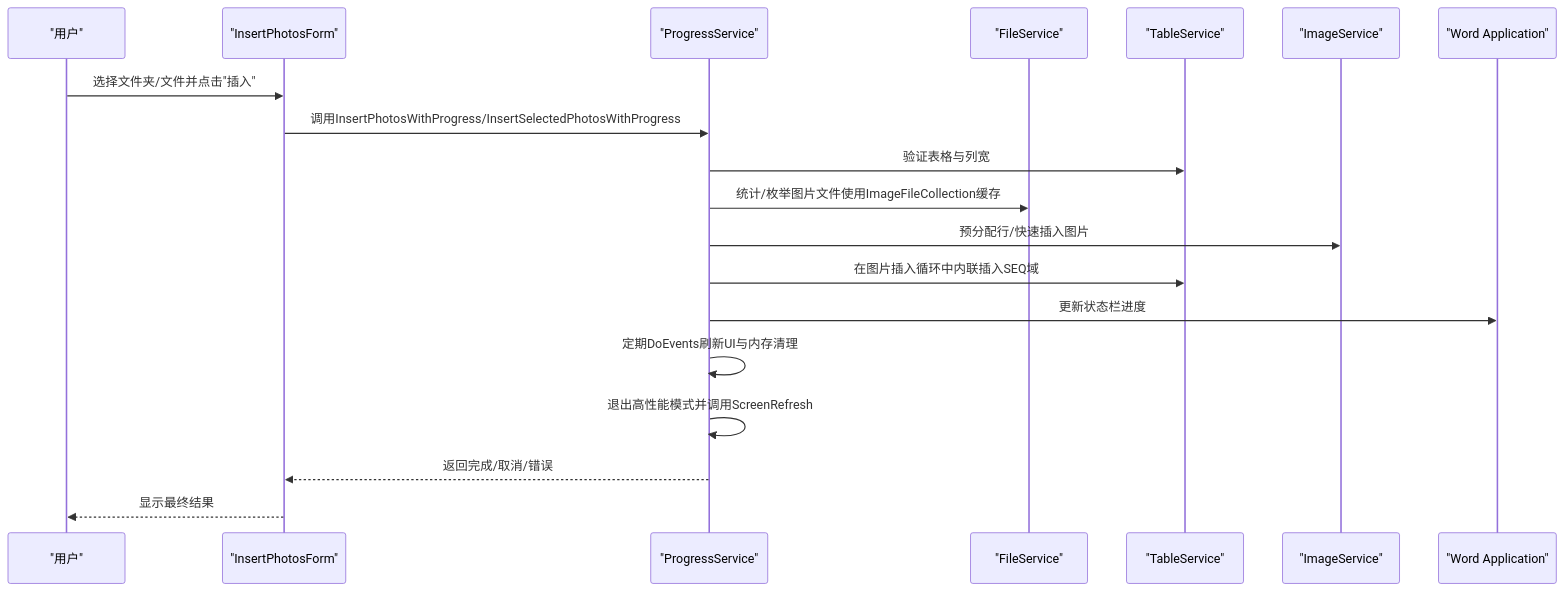
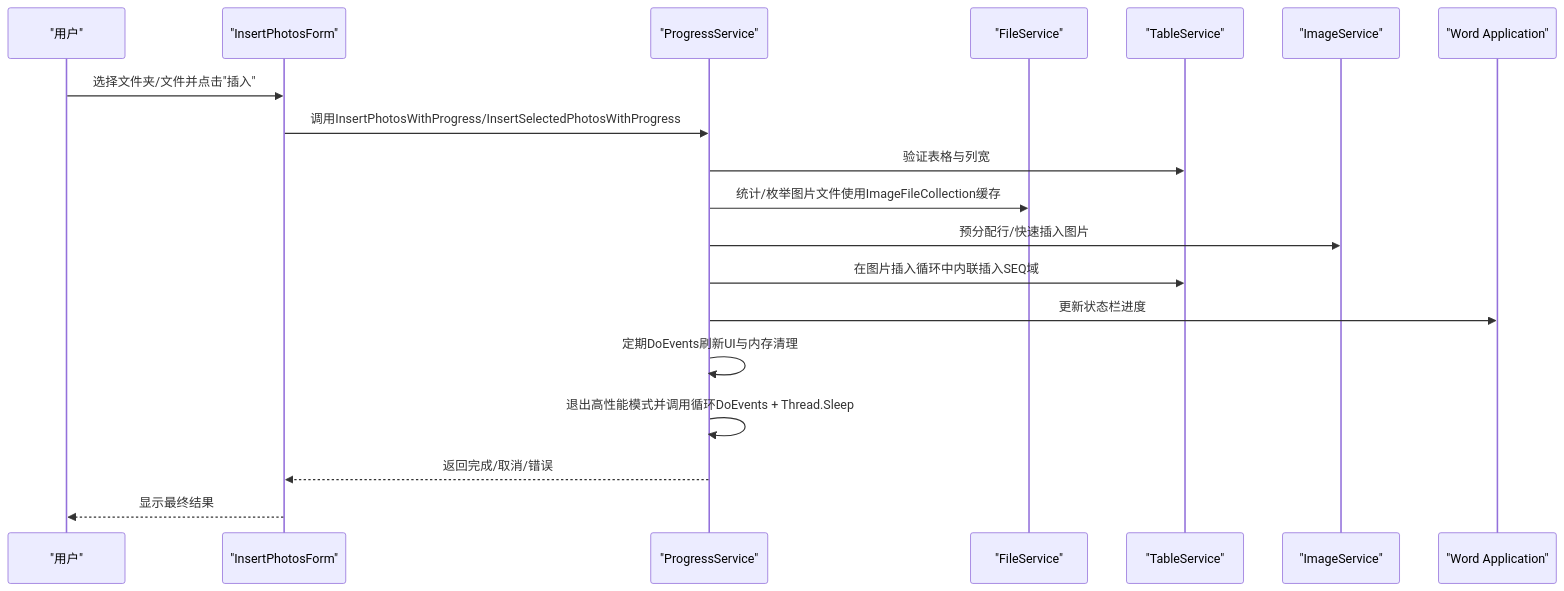
One commit to rainiva/WordTools changed the second of 8 diagrams in .qoder/repowiki/zh/content/服务层/进度服务.md. Above: the diagram before and after it, drawn with Mermaid. The commit also changed other lines of this file and 5 other files, not shown here.

````diff
--- a/.qoder/repowiki/zh/content/服务层/进度服务.md
+++ b/.qoder/repowiki/zh/content/服务层/进度服务.md
@@ -97,21 +98,21 @@
 ```mermaid
 sequenceDiagram
 participant U as "用户"
 participant F as "InsertPhotosForm"
 participant PS as "ProgressService"
 participant FS as "FileService"
 participant TS as "TableService"
 participant IS as "ImageService"
 participant APP as "Word Application"
 U->>F : 选择文件夹/文件并点击"插入"
 F->>PS : 调用InsertPhotosWithProgress/InsertSelectedPhotosWithProgress
 PS->>TS : 验证表格与列宽
 PS->>FS : 统计/枚举图片文件使用ImageFileCollection缓存
 PS->>IS : 预分配行/快速插入图片
 PS->>TS : 在图片插入循环中内联插入SEQ域
 PS->>APP : 更新状态栏进度
 PS->>PS : 定期DoEvents刷新UI与内存清理
-PS->>PS : 退出高性能模式并调用ScreenRefresh
+PS->>PS : 退出高性能模式并调用循环DoEvents + Thread.Sleep
 PS-->>F : 返回完成/取消/错误
 F-->>U : 显示最终结果
 ```
````
